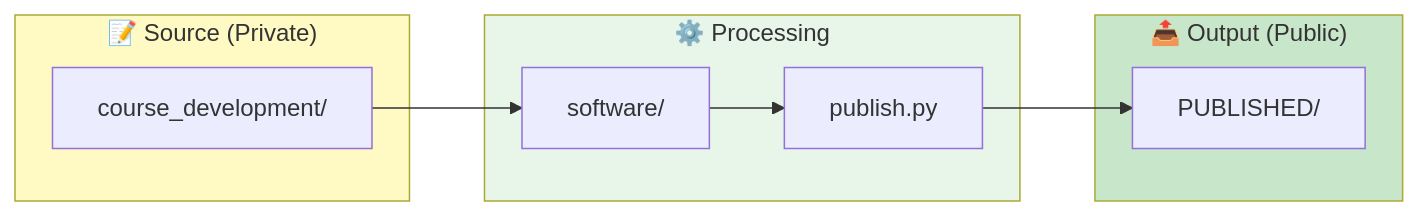
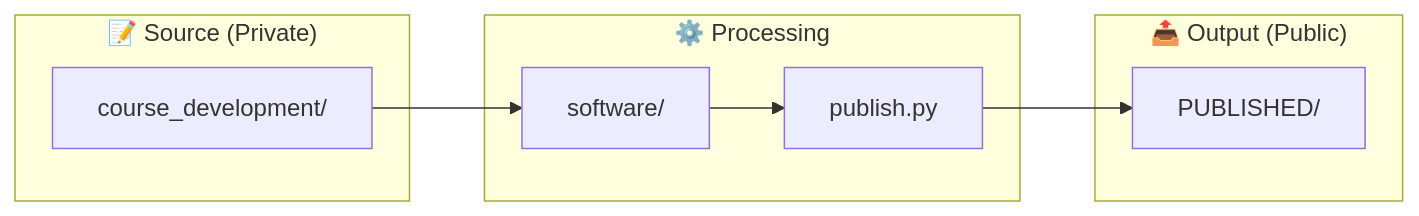
The diagram in software/docs/README.md (docxology/biol-1), drawn with Mermaid before and after one commit. The commit also changed other lines of this file and 299 other files, not shown here.

````diff
--- a/software/docs/README.md
+++ b/software/docs/README.md
@@ -12,23 +12,19 @@
 ```mermaid
 flowchart LR
     subgraph SOURCE["📝 Source (Private)"]
         CD[course_development/]
     end
     
     subgraph PROCESS["⚙️ Processing"]
         SW[software/]
         PUB[publish.py]
     end
     
     subgraph OUTPUT["📤 Output (Public)"]
         PUBD[PUBLISHED/]
     end
     
     CD --> SW
     SW --> PUB
     PUB --> PUBD
-    
-    style SOURCE fill:#fff9c4
-    style PROCESS fill:#e8f5e9
-    style OUTPUT fill:#c8e6c9
 ```
````
